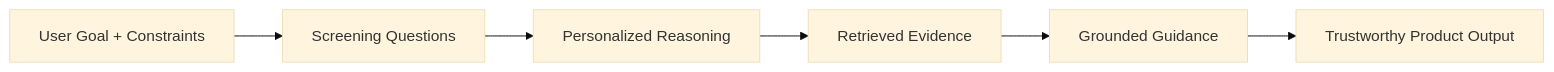
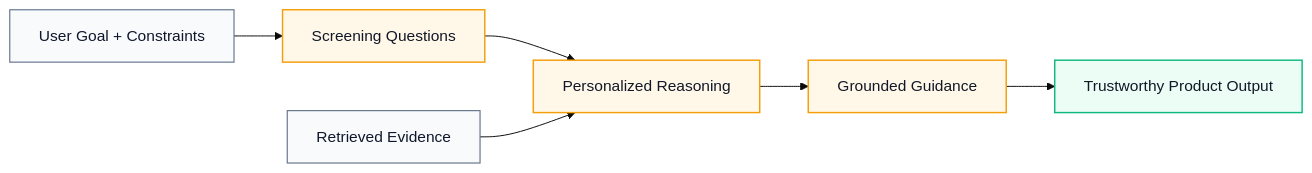
Before and after one commit to GunjanGrunge/thor: the eighth of 8 diagrams in README.md, drawn with Mermaid (base theme). The commit also changed other lines of this file and 1 other file, not shown here.

Commit message:
Upgrade README architecture visuals

````diff
--- a/README.md
+++ b/README.md
@@ -369,8 +502,20 @@
 ```mermaid
 flowchart LR
-    U[User Goal + Constraints] --> S[Screening Questions]
-    S --> P[Personalized Reasoning]
-    P --> R[Retrieved Evidence]
-    R --> G[Grounded Guidance]
-    G --> C[Trustworthy Product Output]
+    U[User Goal + Constraints]
+    S[Screening Questions]
+    P[Personalized Reasoning]
+    R[Retrieved Evidence]
+    G[Grounded Guidance]
+    C[Trustworthy Product Output]
+
+    U --> S --> P
+    R --> P
+    P --> G --> C
+
+    classDef input fill:#F8FAFC,stroke:#64748B,color:#0F172A,stroke-width:1.2px;
+    classDef logic fill:#FFF7E8,stroke:#F59E0B,color:#111827,stroke-width:1.5px;
+    classDef out fill:#ECFDF5,stroke:#10B981,color:#111827,stroke-width:1.5px;
+    class U,R input;
+    class S,P,G logic;
+    class C out;
 ```
````
